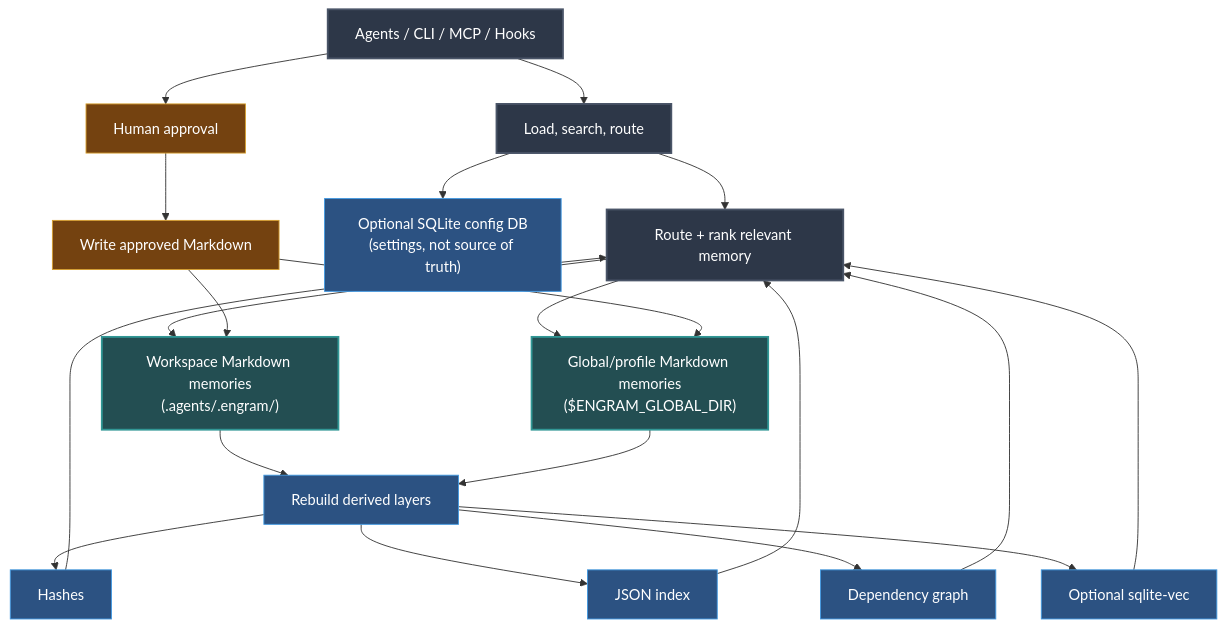
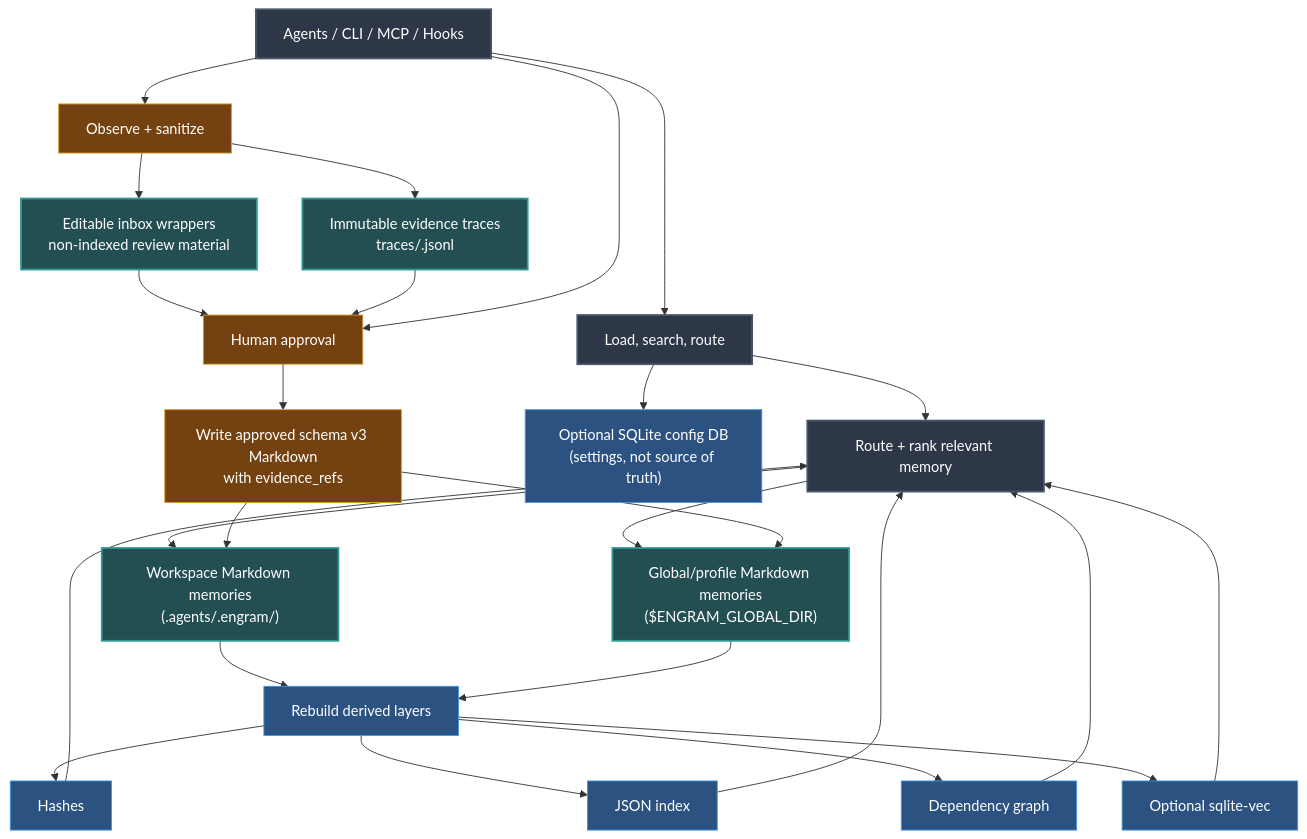
Before and after one commit to the-long-ride/engram: the second of 3 diagrams in README.md, drawn with Mermaid. The commit also changed other lines of this file and 524 other files, not shown here.

````diff
--- a/README.md
+++ b/README.md
@@ -110,42 +139,49 @@
 ```mermaid
 flowchart TB
     classDef source fill:#234e52,stroke:#319795,stroke-width:2px,color:#fff;
     classDef derived fill:#2c5282,stroke:#4299e1,stroke-width:1px,color:#fff;
     classDef runtime fill:#2d3748,stroke:#4a5568,stroke-width:2px,color:#fff;
     classDef write fill:#744210,stroke:#d69e2e,stroke-width:1px,color:#fff;
 
     Agent["Agents / CLI / MCP / Hooks"]:::runtime
     Query["Load, search, route"]:::runtime
     Rank["Route + rank relevant memory"]:::runtime
 
     WorkspaceMD["Workspace Markdown memories\n(.agents/.engram/)"]:::source
     GlobalMD["Global/profile Markdown memories\n($ENGRAM_GLOBAL_DIR)"]:::source
+    TraceJSONL["Immutable evidence traces\ntraces/<trace-id>.jsonl"]:::source
+    InboxMD["Editable inbox wrappers\nnon-indexed review material"]:::source
 
     Rebuild["Rebuild derived layers"]:::derived
     Hashes["Hashes"]:::derived
     Index["JSON index"]:::derived
     Graph["Dependency graph"]:::derived
     Vec["Optional sqlite-vec"]:::derived
     ConfigDB["Optional SQLite config DB\n(settings, not source of truth)"]:::derived
 
+    ObserveWrite["Observe + sanitize"]:::write
     Approve["Human approval"]:::write
-    Persist["Write approved Markdown"]:::write
+    Persist["Write approved schema v3 Markdown\nwith evidence_refs"]:::write
 
     Agent --> Query --> Rank
     Rank --> WorkspaceMD
     Rank --> GlobalMD
     WorkspaceMD --> Rebuild
     GlobalMD --> Rebuild
     Rebuild --> Hashes
     Rebuild --> Index
     Rebuild --> Graph
     Rebuild --> Vec
     Query --> ConfigDB
     Hashes --> Rank
     Index --> Rank
     Graph --> Rank
     Vec --> Rank
+    Agent --> ObserveWrite --> TraceJSONL
+    ObserveWrite --> InboxMD
+    InboxMD --> Approve
+    TraceJSONL --> Approve
     Agent --> Approve --> Persist
     Persist --> WorkspaceMD
     Persist --> GlobalMD
 ```
````
